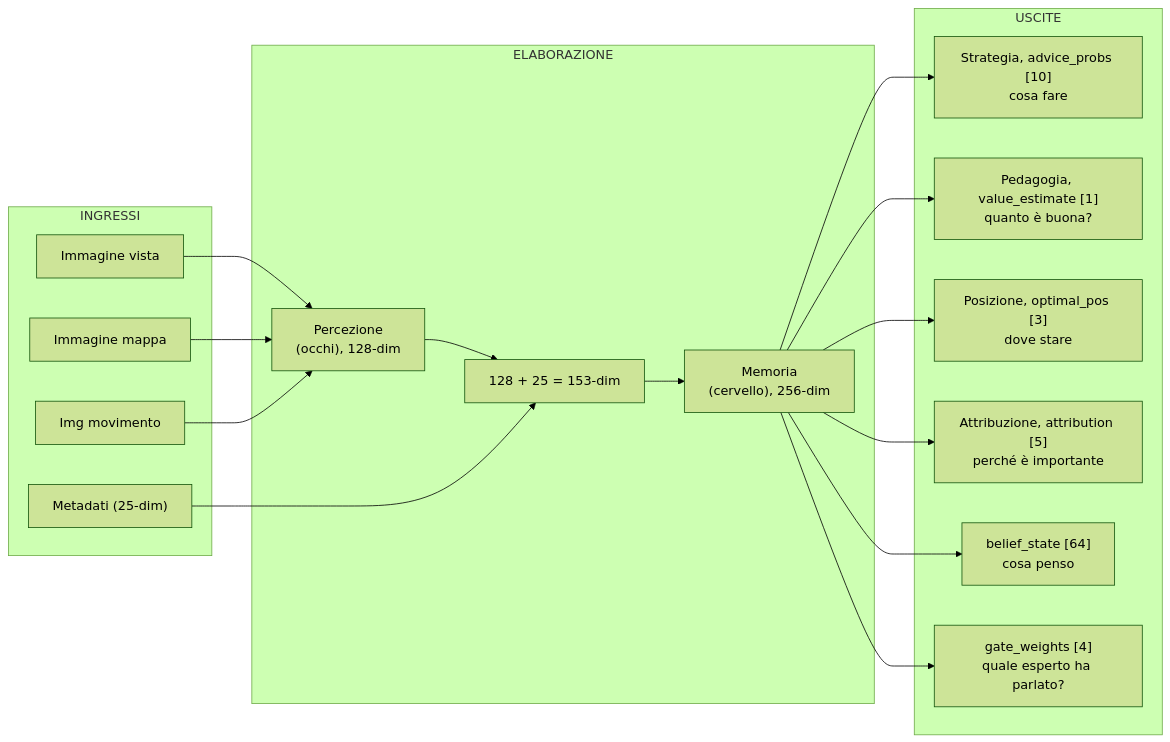
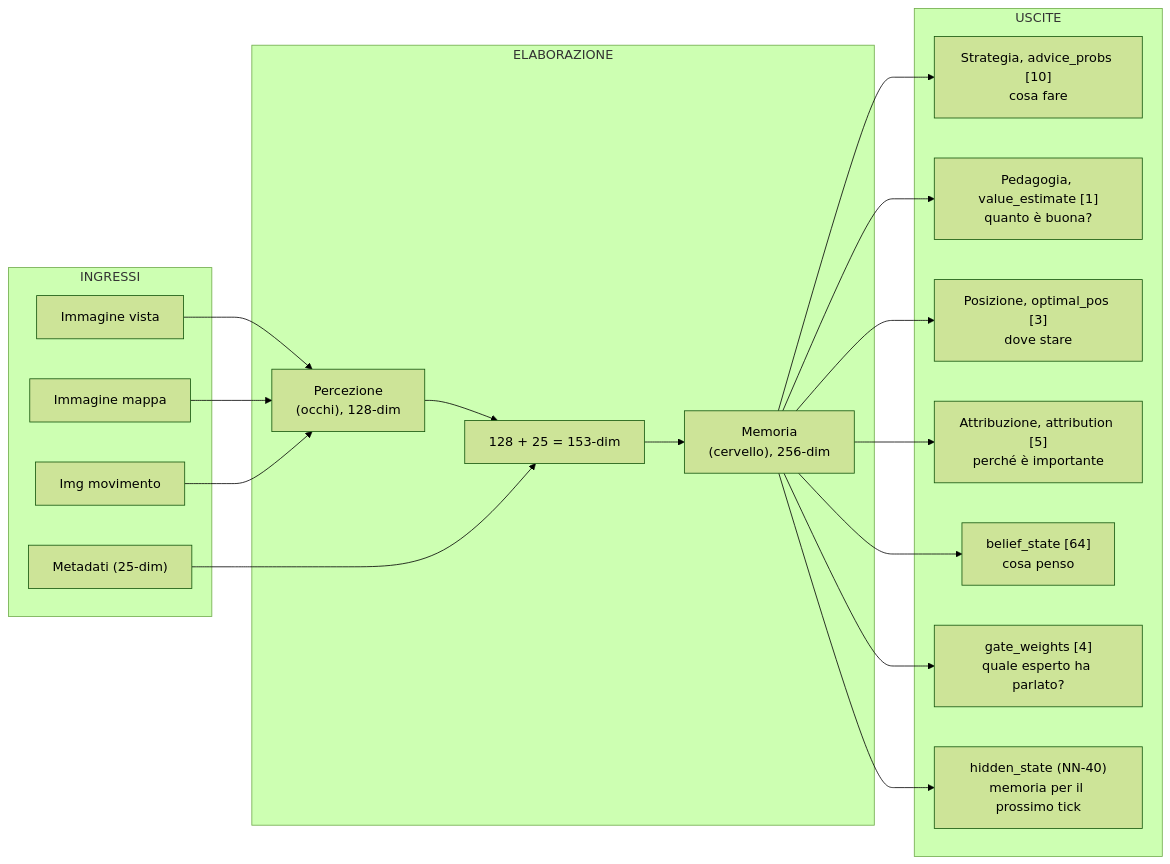
The ninth of 17 diagrams in docs/Book-Coach-1B.md (renanaugustomacena-ux/Counter-Strike-coach-AI), drawn with Mermaid (forest theme) before and after one commit. The commit also changed other lines of this file and 1 other file, not shown here.

First line of the commit message:
Update Book-Coach-1A and 1B with accurate architecture details

````diff
--- a/docs/Book-Coach-1B.md
+++ b/docs/Book-Coach-1B.md
@@ -389,25 +418,26 @@
 ```mermaid
 flowchart LR
     subgraph INPUTS["INGRESSI"]
         VIEW["Immagine vista"]
         MAP["Immagine mappa"]
         MOT["Img movimento"]
         META["Metadati (25-dim)"]
     end
     subgraph PROCESSING["ELABORAZIONE"]
         VIEW --> PERC["Percezione<br/>(occhi), 128-dim"]
         MAP --> PERC
         MOT --> PERC
         PERC --> CONCAT["128 + 25 = 153-dim"]
         META --> CONCAT
         CONCAT --> MEM["Memoria<br/>(cervello), 256-dim"]
     end
     subgraph OUTPUTS["USCITE"]
         MEM --> STRAT["Strategia, advice_probs [10]<br/>cosa fare"]
         MEM --> PED["Pedagogia, value_estimate [1]<br/>quanto è buona?"]
         MEM --> POS["Posizione, optimal_pos [3]<br/>dove stare"]
         MEM --> ATTR["Attribuzione, attribution [5]<br/>perché è importante"]
         MEM --> BEL["belief_state [64]<br/>cosa penso"]
         MEM --> GATE["gate_weights [4]<br/>quale esperto ha parlato?"]
+        MEM --> HID["hidden_state (NN-40)<br/>memoria per il prossimo tick"]
     end
 ```
````
